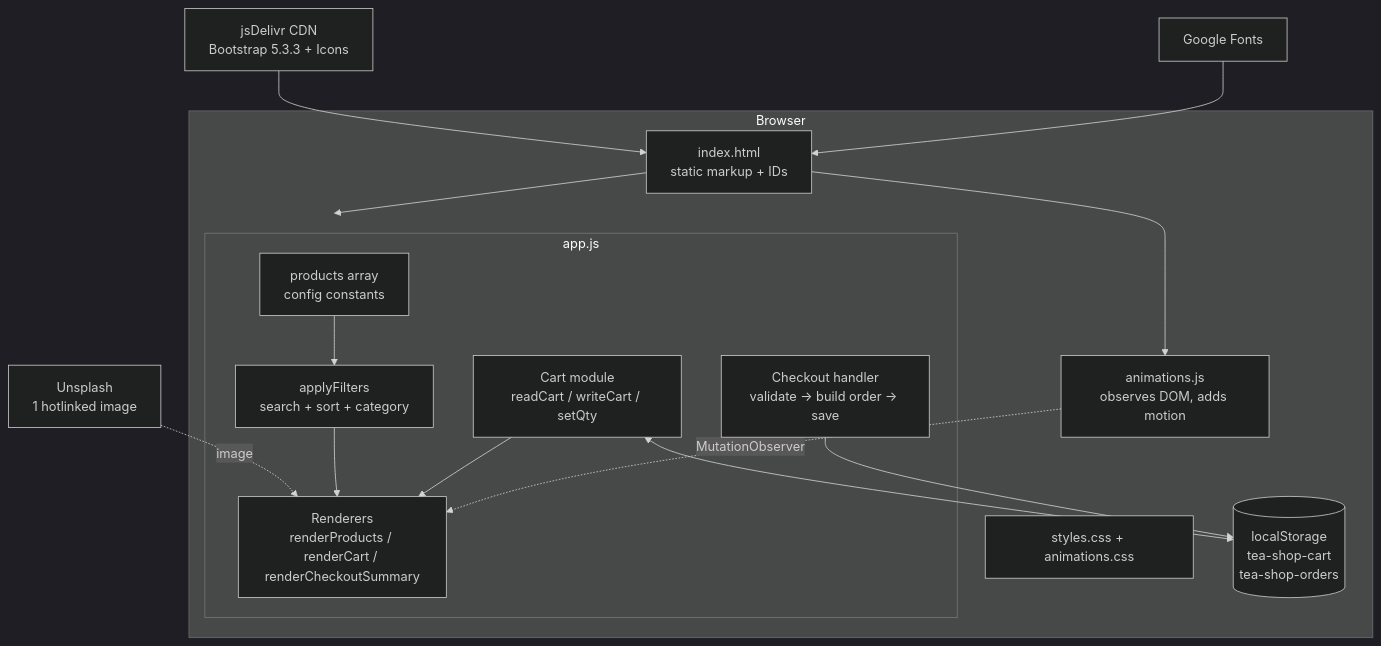
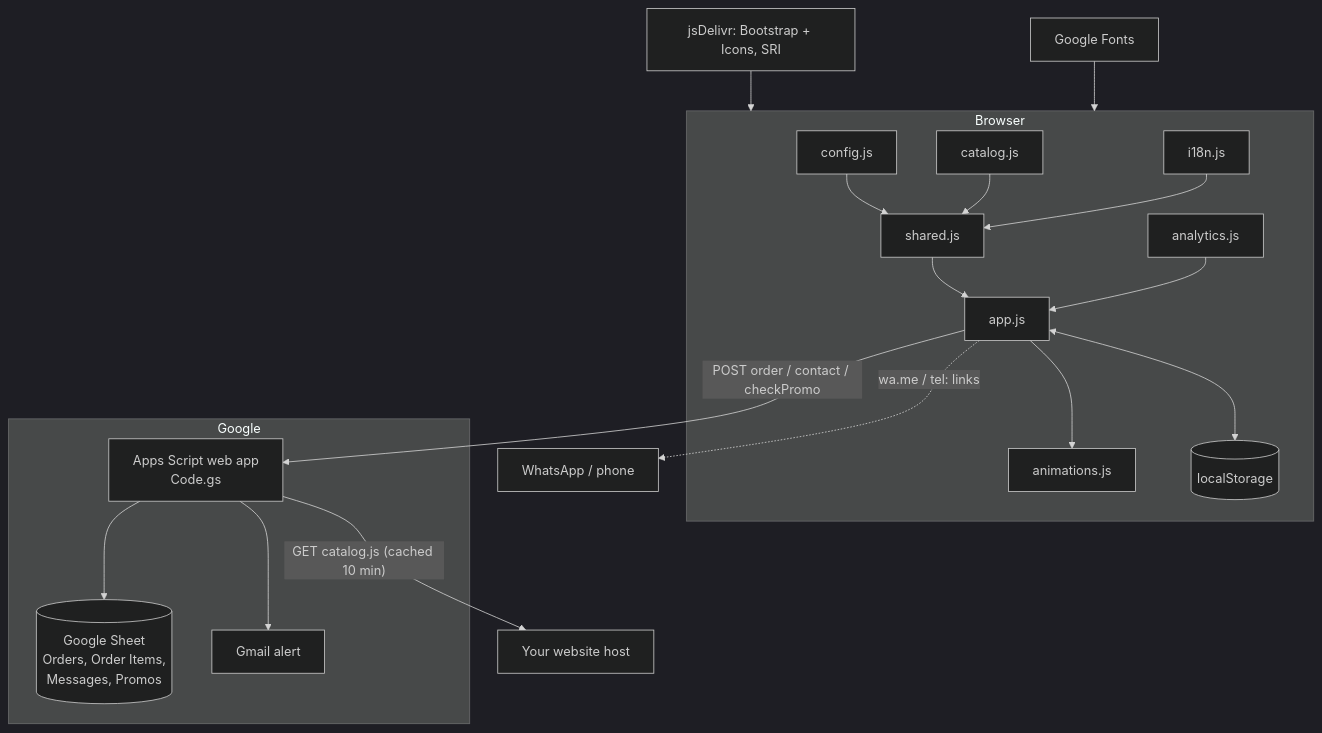
The first of 2 diagrams in ARCHITECTURE.md (Sanjidmolik/Tea_shop), drawn with Mermaid (dark theme) before and after one commit. The commit also changed other lines of this file and 58 other files, not shown here.

````diff
--- a/ARCHITECTURE.md
+++ b/ARCHITECTURE.md
@@ -47,30 +57,25 @@
 ```mermaid
 flowchart TB
   subgraph Browser
-    HTML[index.html<br/>static markup + IDs]
-    CSS[styles.css + animations.css]
-    subgraph app.js
-      DATA[products array<br/>config constants]
-      CART[Cart module<br/>readCart / writeCart / setQty]
-      RENDER[Renderers<br/>renderProducts / renderCart / renderCheckoutSummary]
-      FILTER[applyFilters<br/>search + sort + category]
-      CHECKOUT[Checkout handler<br/>validate → build order → save]
-    end
-    ANIM[animations.js<br/>observes DOM, adds motion]
-    LS[(localStorage<br/>tea-shop-cart<br/>tea-shop-orders)]
+    CFG[config.js] --> SH
+    CAT[catalog.js] --> SH
+    I18N[i18n.js] --> SH[shared.js]
+    SH --> APP[app.js]
+    AN[analytics.js] --> APP
+    APP --> ANIM[animations.js]
+    LS[(localStorage)]
+    APP <--> LS
   end
-  CDN[jsDelivr CDN<br/>Bootstrap 5.3.3 + Icons]
-  GF[Google Fonts]
-  UNS[Unsplash<br/>1 hotlinked image]
-
-  HTML --> app.js
-  HTML --> ANIM
-  CDN --> HTML
-  GF --> HTML
-  UNS -.image.-> RENDER
-  DATA --> FILTER --> RENDER
-  CART <--> LS
-  CHECKOUT --> LS
-  CART --> RENDER
-  ANIM -.MutationObserver.-> RENDER
+  subgraph Google
+    GAS[Apps Script web app<br/>Code.gs]
+    SHEET[(Google Sheet<br/>Orders, Order Items,<br/>Messages, Promos)]
+    MAIL[Gmail alert]
+    GAS --> SHEET
+    GAS --> MAIL
+  end
+  APP -- "POST order / contact / checkPromo" --> GAS
+  GAS -- "GET catalog.js (cached 10 min)" --> HOST[Your website host]
+  APP -. "wa.me / tel: links" .-> WA[WhatsApp / phone]
+  CDN[jsDelivr: Bootstrap + Icons, SRI] --> Browser
+  GF[Google Fonts] --> Browser
 ```
````
